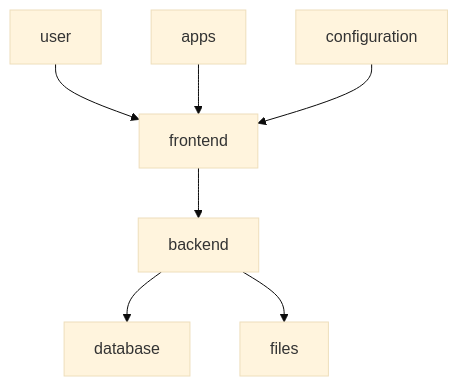
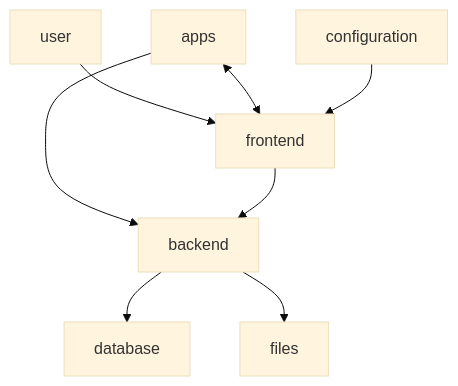
Before and after one commit to rust-drive/.github: the diagram in profile/README.md, drawn with Mermaid (base theme).

````diff
--- a/profile/README.md
+++ b/profile/README.md
@@ -16,11 +16,12 @@
 ```mermaid
 graph TD
   user --> frontend
-  apps --> frontend
+  apps <--> frontend
+  apps --> backend
   configuration --> frontend
 
   frontend --> backend
   backend --> database
   backend --> files
 
 ```
````
